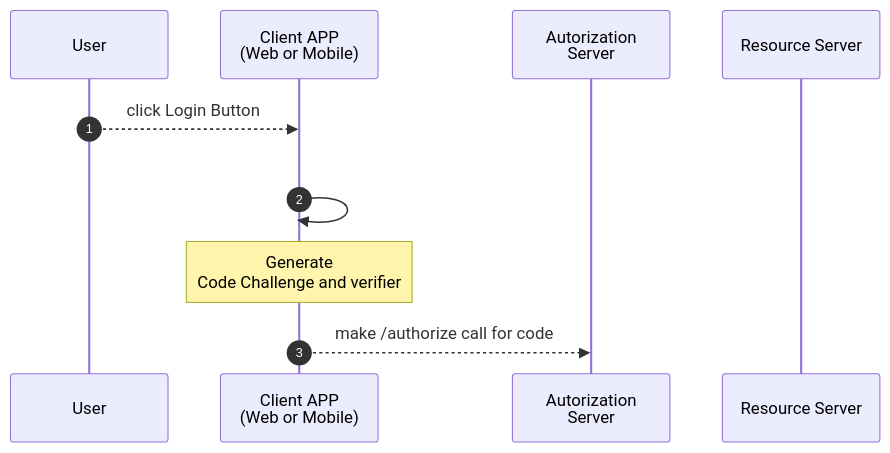
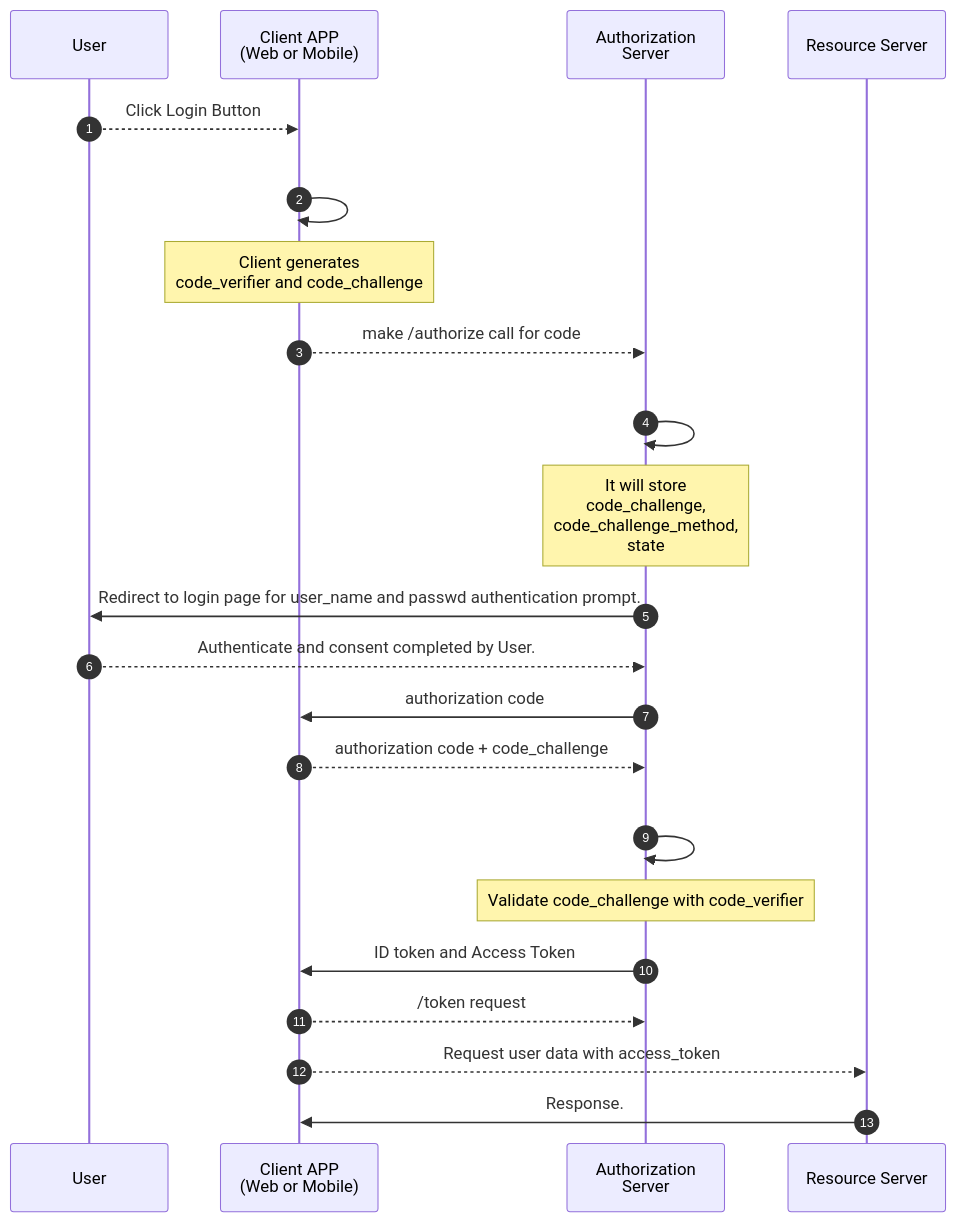
The first of 3 diagrams in OAuth 2.0.md (Rubi-raj/Notes), drawn with Mermaid before and after one commit. The commit also changed other lines of this file and 1 other file, not shown here.

````diff
--- a/OAuth 2.0.md
+++ b/OAuth 2.0.md
@@ -39,13 +35,24 @@
 ```mermaid
 sequenceDiagram
     autonumber
     participant u as User
     participant c as Client APP <br> (Web or Mobile)
-    participant a as Autorization <br> Server
+    participant a as Authorization <br> Server
     participant r as Resource Server
-    u -->> c: click Login Button
+    u -->> c: Click Login Button
     c ->> c: <br>
-    Note over c: Generate<br>Code Challenge and verifier
+    Note over c: Client generates <br> code_verifier and code_challenge
     c -->> a: make /authorize call for code
-
+    a ->> a: <br>
+    Note over a: It will store <br> code_challenge, <br> code_challenge_method,<br> state
+    a ->> u: Redirect to login page for user_name and passwd authentication prompt.
+    u -->> a: Authenticate and consent completed by User.
+    a ->> c: authorization code
+    c -->> a: authorization code + code_challenge
+    a ->> a: <br>
+    Note over a: Validate code_challenge with code_verifier
+    a ->> c: ID token and Access Token
+    c -->> a: /token request
+    c -->> r: Request user data with access_token
+    r ->> c: Response.
 ```
````
